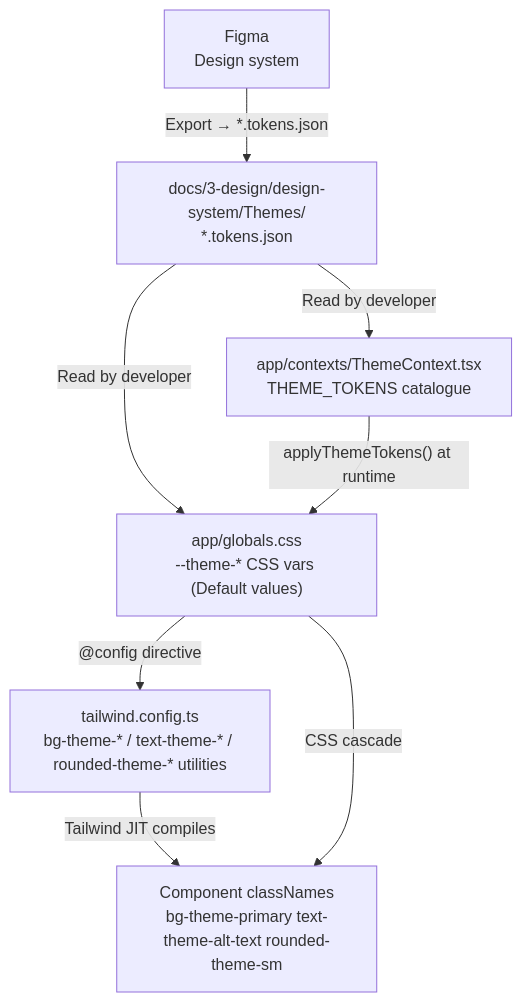
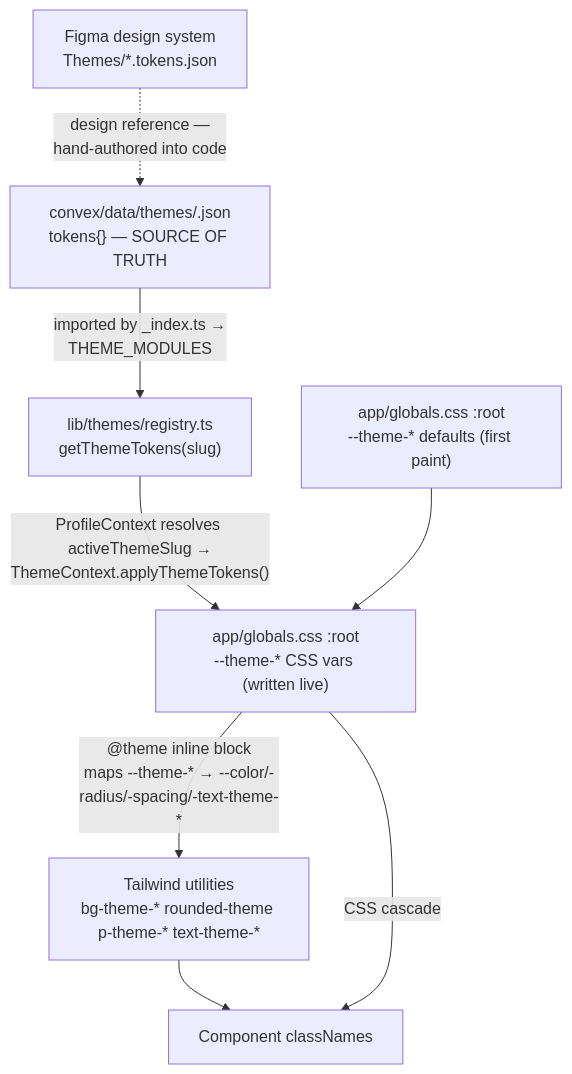
One commit to mohan-dev-ji/mo-speech-home changed the first of 3 diagrams in docs/4-builds/code-explained/TOKENS.md. Above: the diagram before and after it, drawn with Mermaid. The commit also changed other lines of this file and 42 other files, not shown here.

First line of the commit message:
docs: reorganise docs system — roadmap, plans/features split, naming conventions

````diff
--- a/docs/4-builds/code-explained/TOKENS.md
+++ b/docs/4-builds/code-explained/TOKENS.md
@@ -9,10 +19,10 @@
 ```mermaid
 flowchart TD
-    A["Figma\nDesign system"] -->|"Export → *.tokens.json"| B["docs/3-design/design-system/Themes/\n*.tokens.json"]
-    B -->|"Read by developer"| C["app/globals.css\n--theme-* CSS vars (Default values)"]
-    B -->|"Read by developer"| D["app/contexts/ThemeContext.tsx\nTHEME_TOKENS catalogue"]
-    C -->|"@config directive"| E["tailwind.config.ts\nbg-theme-* / text-theme-* / rounded-theme-* utilities"]
-    D -->|"applyThemeTokens() at runtime"| C
-    E -->|"Tailwind JIT compiles"| F["Component classNames\nbg-theme-primary text-theme-alt-text rounded-theme-sm"]
-    C -->|"CSS cascade"| F
+    F["Figma design system\nThemes/*.tokens.json"] -.->|"design reference —\nhand-authored into code"| J
+    J["convex/data/themes/<slug>.json\ntokens{} — SOURCE OF TRUTH"] -->|"imported by _index.ts →\nTHEME_MODULES"| R["lib/themes/registry.ts\ngetThemeTokens(slug)"]
+    R -->|"ProfileContext resolves activeThemeSlug →\nThemeContext.applyThemeTokens()"| C["app/globals.css :root\n--theme-* CSS vars (written live)"]
+    G["app/globals.css :root\n--theme-* defaults (first paint)"] --> C
+    C -->|"@theme inline block\nmaps --theme-* → --color/-radius/-spacing/-text-theme-*"| U["Tailwind utilities\nbg-theme-* rounded-theme p-theme-* text-theme-*"]
+    U --> K["Component classNames"]
+    C -->|"CSS cascade"| K
 ```
````
